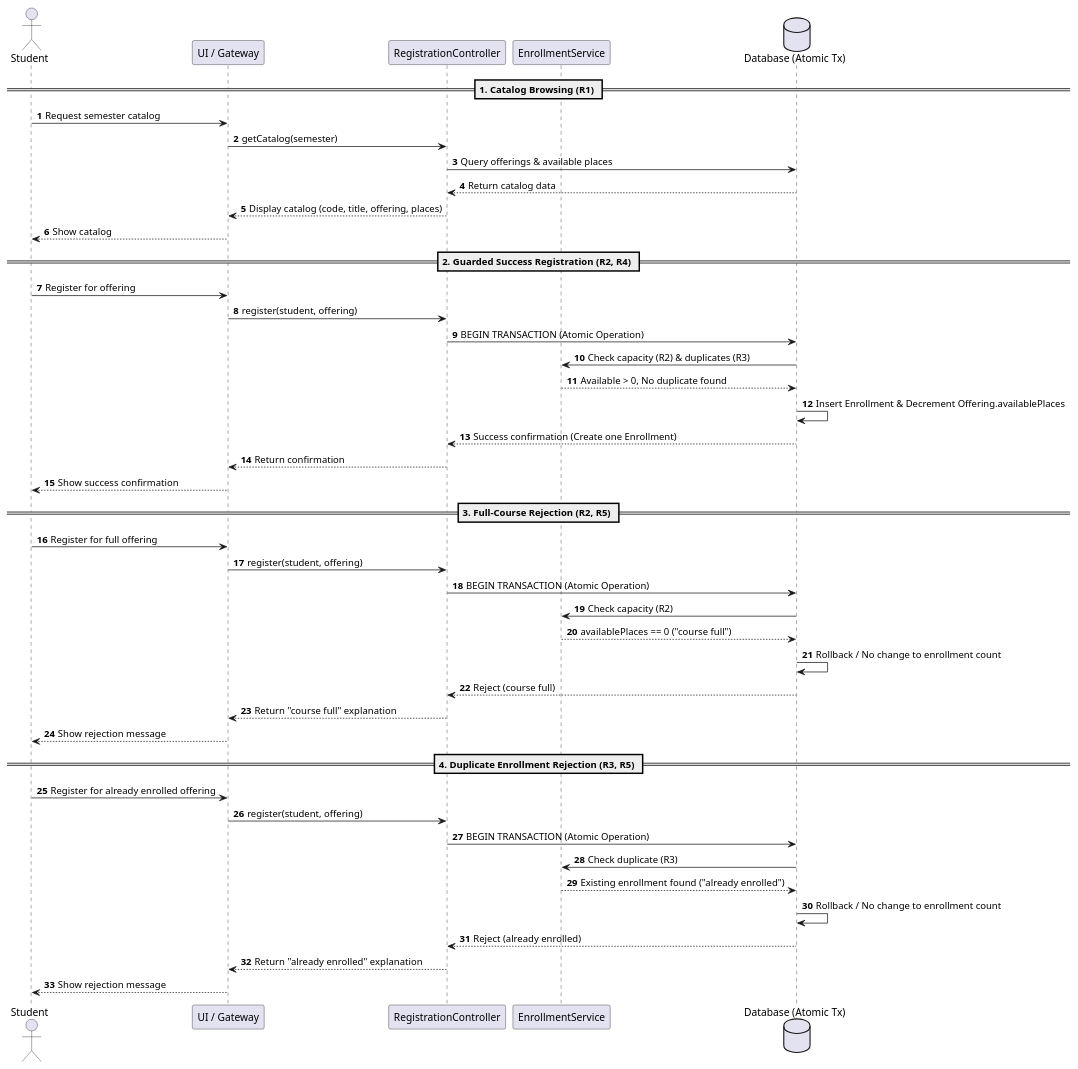
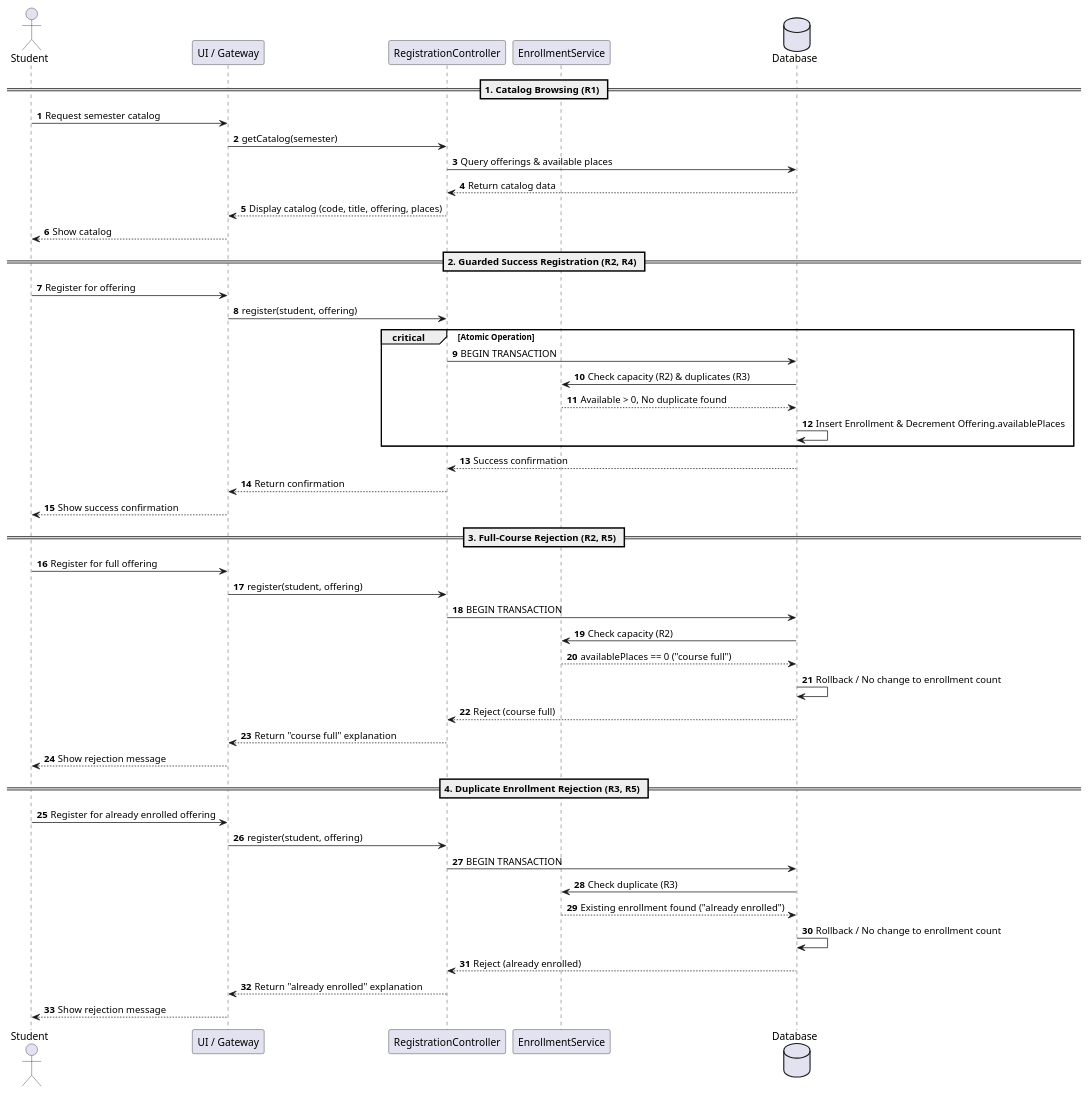
One commit to UnityFan228337/se-practice changed the diagram in SIS-02/models/original/sequence.puml. Above: the diagram before and after it, drawn with PlantUML. The commit also changed 3 other files, not shown here.

```diff
--- a/SIS-02/models/original/sequence.puml
+++ b/SIS-02/models/original/sequence.puml
@@ -1,49 +1,53 @@
 @startuml
 autonumber
 actor Student
 participant "UI / Gateway" as UI
 participant "RegistrationController" as Ctrl
 participant "EnrollmentService" as Svc
-database "Database (Atomic Tx)" as DB
+database "Database" as DB
 
 == 1. Catalog Browsing (R1) ==
 Student -> UI: Request semester catalog
 UI -> Ctrl: getCatalog(semester)
 Ctrl -> DB: Query offerings & available places
 DB --> Ctrl: Return catalog data
 Ctrl --> UI: Display catalog (code, title, offering, places)
 UI --> Student: Show catalog
 
 == 2. Guarded Success Registration (R2, R4) ==
 Student -> UI: Register for offering
 UI -> Ctrl: register(student, offering)
-Ctrl -> DB: BEGIN TRANSACTION (Atomic Operation)
-DB -> Svc: Check capacity (R2) & duplicates (R3)
-Svc --> DB: Available > 0, No duplicate found
-DB -> DB: Insert Enrollment & Decrement Offering.availablePlaces
-DB --> Ctrl: Success confirmation (Create one Enrollment)
+
+critical Atomic Operation
+    Ctrl -> DB: BEGIN TRANSACTION
+    DB -> Svc: Check capacity (R2) & duplicates (R3)
+    Svc --> DB: Available > 0, No duplicate found
+    DB -> DB: Insert Enrollment & Decrement Offering.availablePlaces
+end
+
+DB --> Ctrl: Success confirmation
 Ctrl --> UI: Return confirmation
 UI --> Student: Show success confirmation
 
 == 3. Full-Course Rejection (R2, R5) ==
 Student -> UI: Register for full offering
 UI -> Ctrl: register(student, offering)
-Ctrl -> DB: BEGIN TRANSACTION (Atomic Operation)
+Ctrl -> DB: BEGIN TRANSACTION
 DB -> Svc: Check capacity (R2)
 Svc --> DB: availablePlaces == 0 ("course full")
 DB -> DB: Rollback / No change to enrollment count
 DB --> Ctrl: Reject (course full)
 Ctrl --> UI: Return "course full" explanation
 UI --> Student: Show rejection message
 
 == 4. Duplicate Enrollment Rejection (R3, R5) ==
 Student -> UI: Register for already enrolled offering
 UI -> Ctrl: register(student, offering)
-Ctrl -> DB: BEGIN TRANSACTION (Atomic Operation)
+Ctrl -> DB: BEGIN TRANSACTION
 DB -> Svc: Check duplicate (R3)
 Svc --> DB: Existing enrollment found ("already enrolled")
 DB -> DB: Rollback / No change to enrollment count
 DB --> Ctrl: Reject (already enrolled)
 Ctrl --> UI: Return "already enrolled" explanation
 UI --> Student: Show rejection message
 @enduml
```
